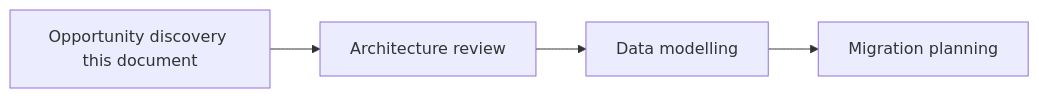
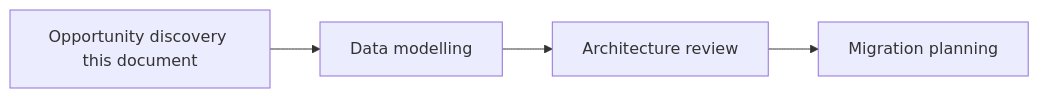
The second of 2 diagrams in ORACLE-TO-ASTRA-ASSESSMENT.md (difli/astra-db-enablement), drawn with Mermaid before and after one commit. The commit also changed other lines of this file and 8 other files, not shown here.

Commit message:
Consolidate generic take-home architecture content into one architect guide and keep the Oracle assessment as a standalone handout.

````diff
--- a/ORACLE-TO-ASTRA-ASSESSMENT.md
+++ b/ORACLE-TO-ASTRA-ASSESSMENT.md
@@ -223,6 +221,6 @@
 ```mermaid
 flowchart LR
-  disc["Opportunity discovery this document"] --> review["Architecture review"]
-  review --> model["Data modelling"]
-  model --> plan["Migration planning"]
+  disc["Opportunity discovery this document"] --> model["Data modelling"]
+  model --> review["Architecture review"]
+  review --> plan["Migration planning"]
 ```
````
